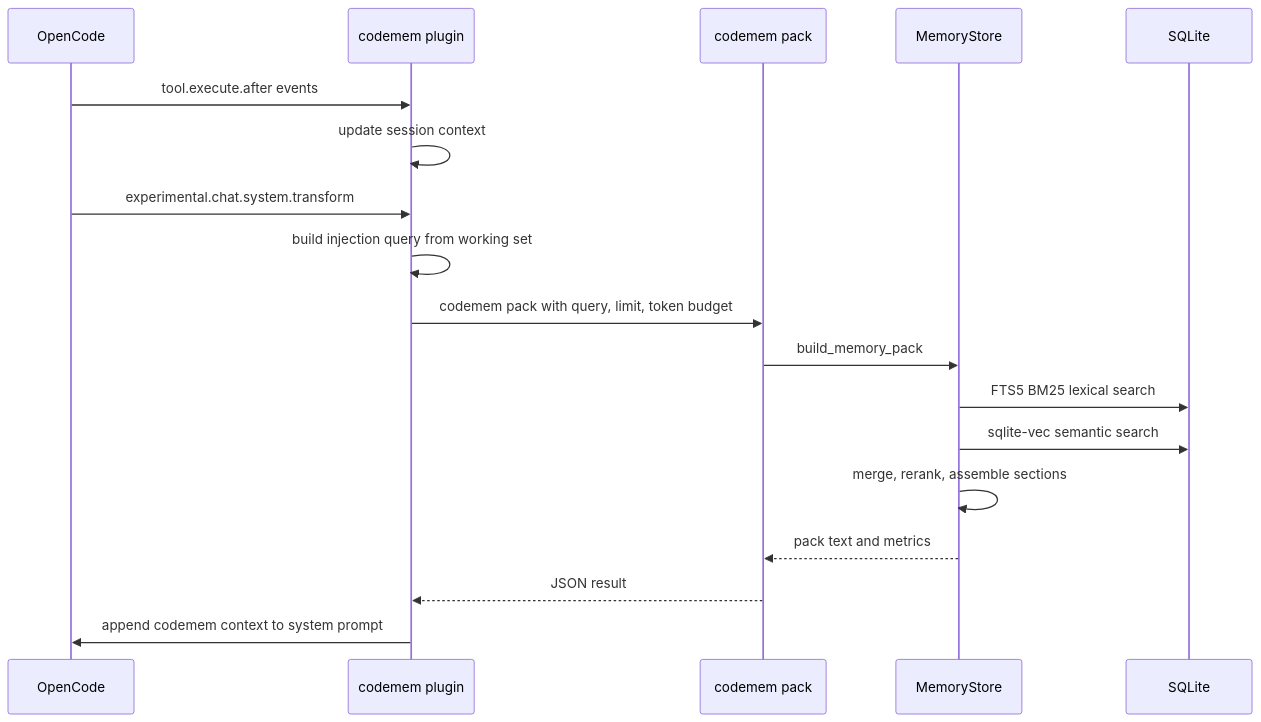
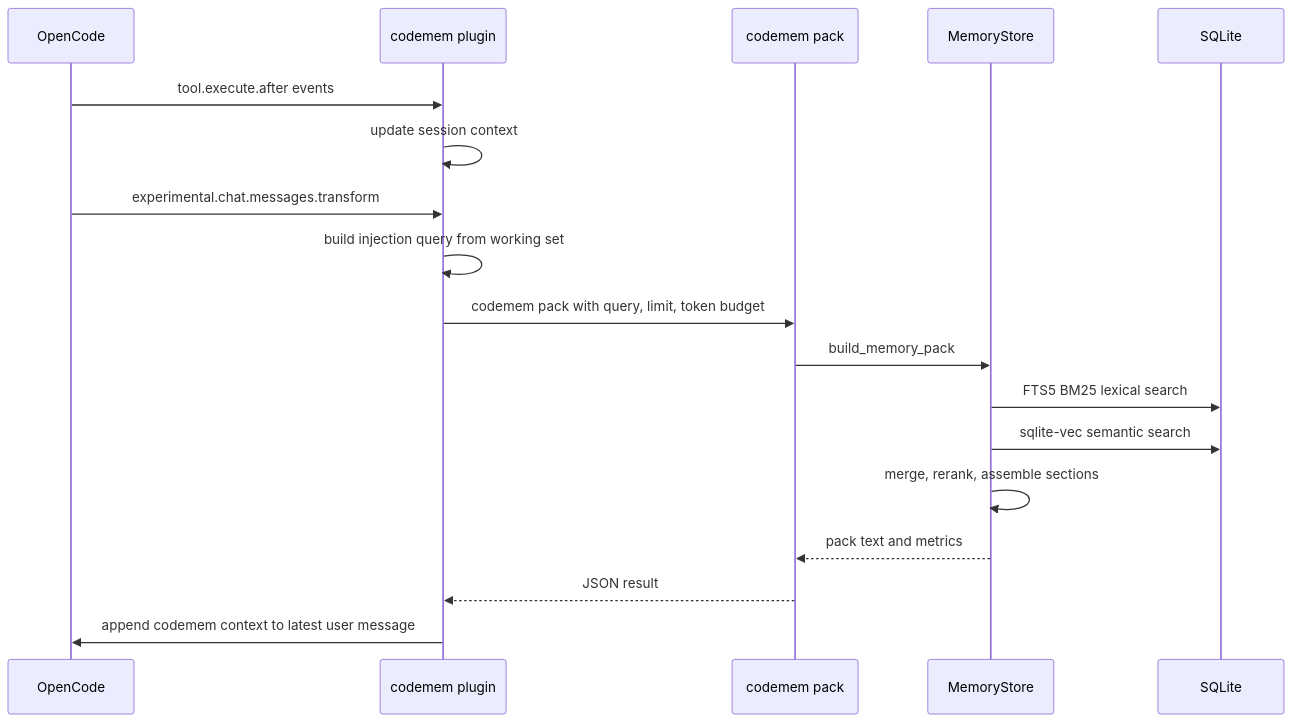
The third of 4 diagrams in docs/architecture.md (kunickiaj/codemem), drawn with Mermaid before and after one commit. The commit also changed other lines of this file and 4 other files, not shown here.

````diff
--- a/docs/architecture.md
+++ b/docs/architecture.md
@@ -206,21 +206,21 @@
 ```mermaid
 sequenceDiagram
 participant OC as OpenCode
 participant PL as codemem plugin
 participant CLI as codemem pack
 participant ST as MemoryStore
 participant DB as SQLite
 
 OC->>PL: tool.execute.after events
 PL->>PL: update session context
-OC->>PL: experimental.chat.system.transform
+OC->>PL: experimental.chat.messages.transform
 PL->>PL: build injection query from working set
 PL->>CLI: codemem pack with query, limit, token budget
 CLI->>ST: build_memory_pack
 ST->>DB: FTS5 BM25 lexical search
 ST->>DB: sqlite-vec semantic search
 ST->>ST: merge, rerank, assemble sections
 ST-->>CLI: pack text and metrics
 CLI-->>PL: JSON result
-PL->>OC: append codemem context to system prompt
+PL->>OC: append codemem context to latest user message
 ```
````
